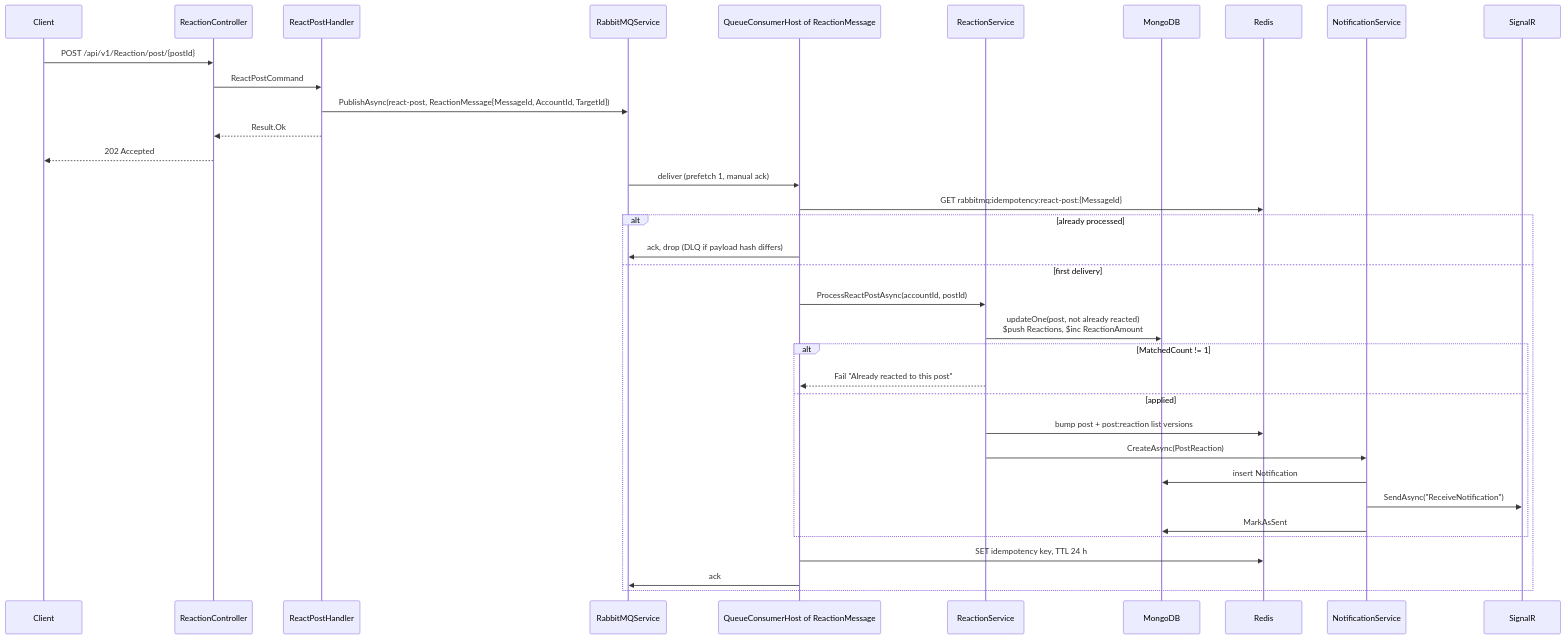
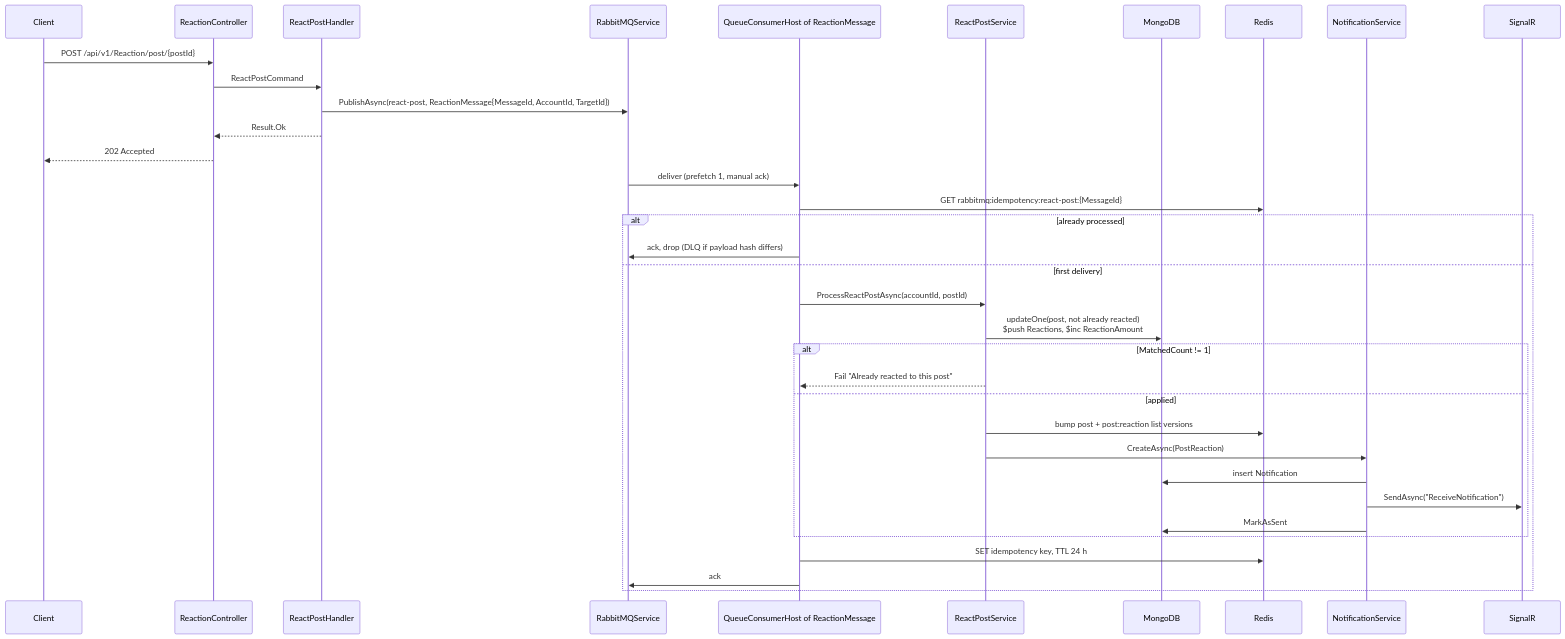
One commit to Datnguynx110605/Bump_Server changed the third of 4 diagrams in doc/system-design.md. Above: the diagram before and after it, drawn with Mermaid. The commit also changed other lines of this file and 56 other files, not shown here.

````diff
--- a/doc/system-design.md
+++ b/doc/system-design.md
@@ -150,39 +150,39 @@
 ```mermaid
 sequenceDiagram
     participant C as Client
     participant Ctl as ReactionController
     participant H as ReactPostHandler
     participant Q as RabbitMQService
     participant Host as QueueConsumerHost of ReactionMessage
-    participant S as ReactionService
+    participant S as ReactPostService
     participant M as MongoDB
     participant R as Redis
     participant N as NotificationService
     participant Hub as SignalR
 
     C->>Ctl: POST /api/v1/Reaction/post/{postId}
     Ctl->>H: ReactPostCommand
     H->>Q: PublishAsync(react-post, ReactionMessage{MessageId, AccountId, TargetId})
     H-->>Ctl: Result.Ok
     Ctl-->>C: 202 Accepted
 
     Q->>Host: deliver (prefetch 1, manual ack)
     Host->>R: GET rabbitmq:idempotency:react-post:{MessageId}
     alt already processed
         Host->>Q: ack, drop (DLQ if payload hash differs)
     else first delivery
         Host->>S: ProcessReactPostAsync(accountId, postId)
         S->>M: updateOne(post, not already reacted)<br/>$push Reactions, $inc ReactionAmount
         alt MatchedCount != 1
             S-->>Host: Fail "Already reacted to this post"
         else applied
             S->>R: bump post + post:reaction list versions
             S->>N: CreateAsync(PostReaction)
             N->>M: insert Notification
             N->>Hub: SendAsync("ReceiveNotification")
             N->>M: MarkAsSent
         end
         Host->>R: SET idempotency key, TTL 24 h
         Host->>Q: ack
     end
 ```
````
